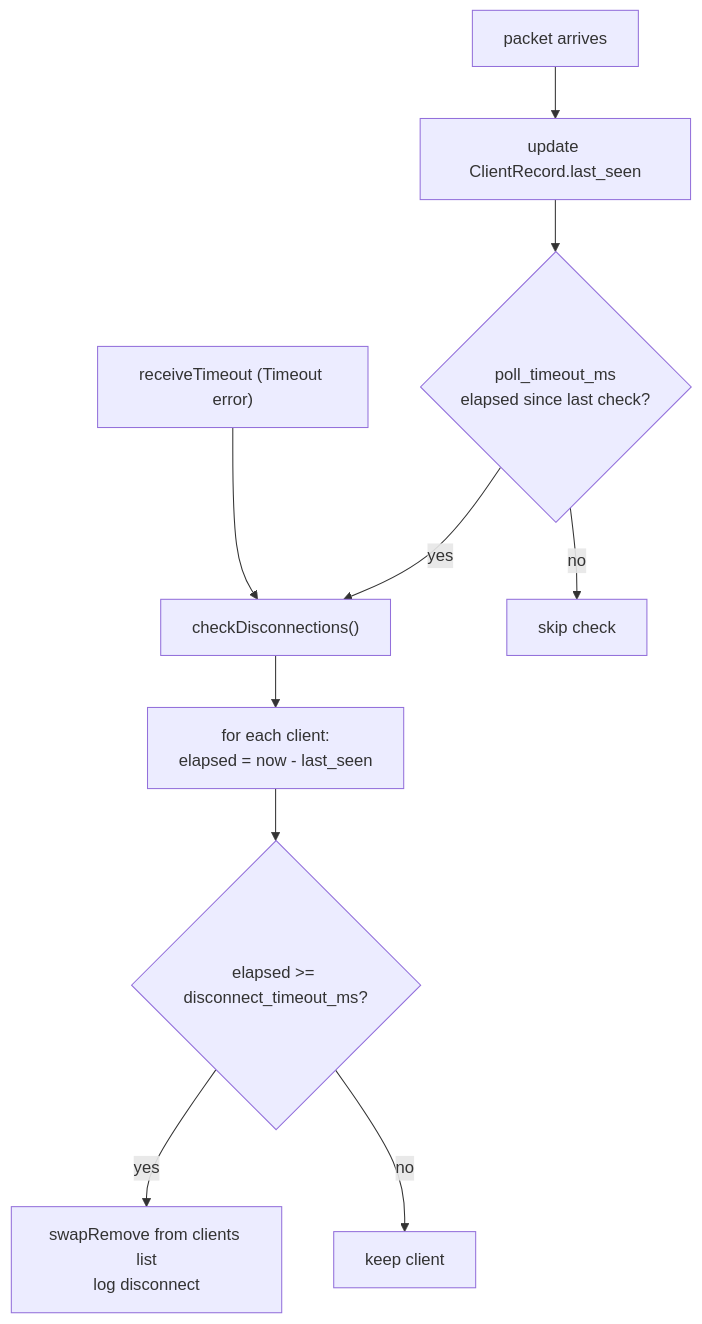
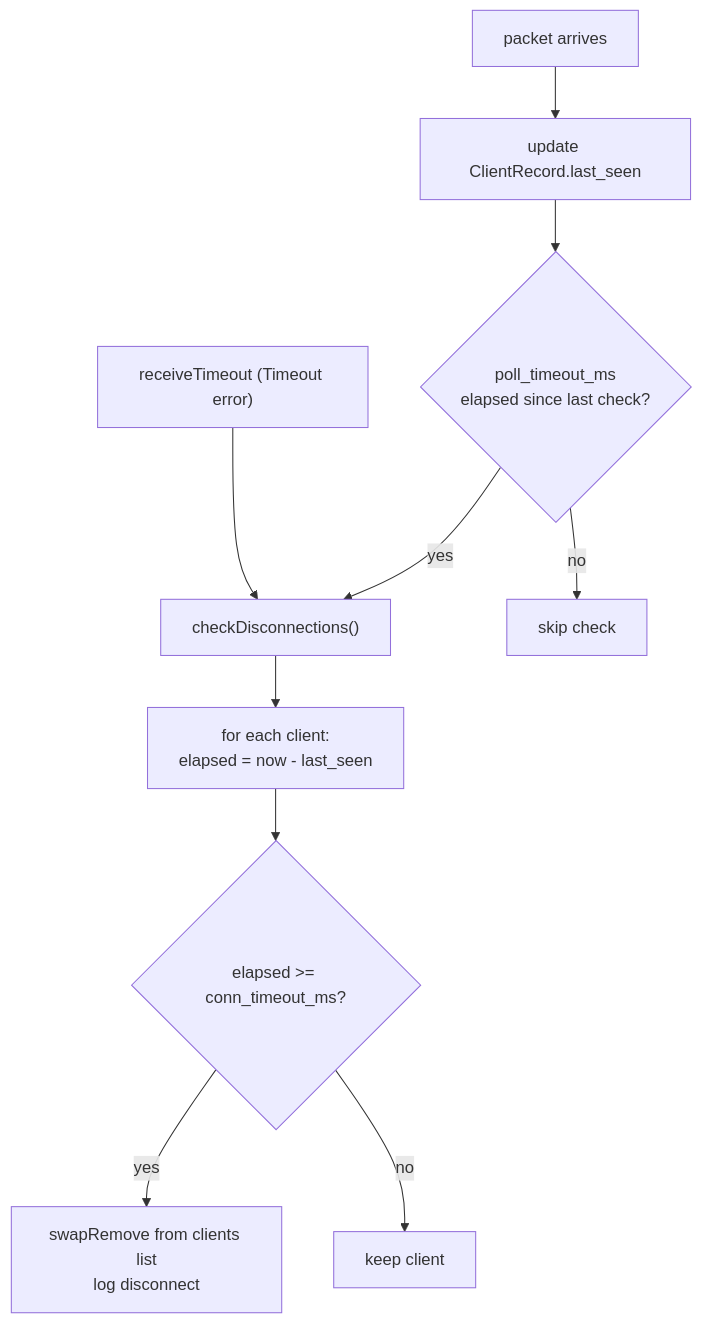
Before and after one commit to prothegee/zix: the fourth of 5 diagrams in docs/hld-udp-en.md, drawn with Mermaid. The commit also changed other lines of this file and 35 other files, not shown here.

````diff
--- a/docs/hld-udp-en.md
+++ b/docs/hld-udp-en.md
@@ -248,12 +248,12 @@
 ```mermaid
 flowchart TD
     A["packet arrives"] --> B["update ClientRecord.last_seen"]
     B --> C{"poll_timeout_ms\nelapsed since last check?"}
     C -->|yes| D["checkDisconnections()"]
     C -->|no| E["skip check"]
     F["receiveTimeout (Timeout error)"] --> D
     D --> G["for each client:\nelapsed = now - last_seen"]
-    G --> H{"elapsed >= disconnect_timeout_ms?"}
+    G --> H{"elapsed >= conn_timeout_ms?"}
     H -->|yes| I["swapRemove from clients list\nlog disconnect"]
     H -->|no| J["keep client"]
 ```
````
